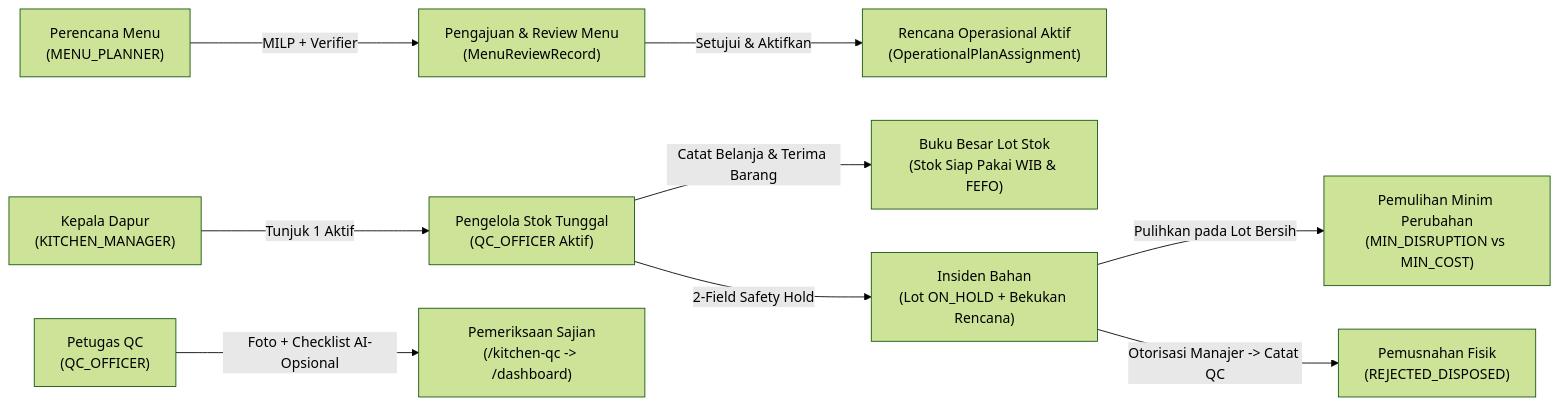
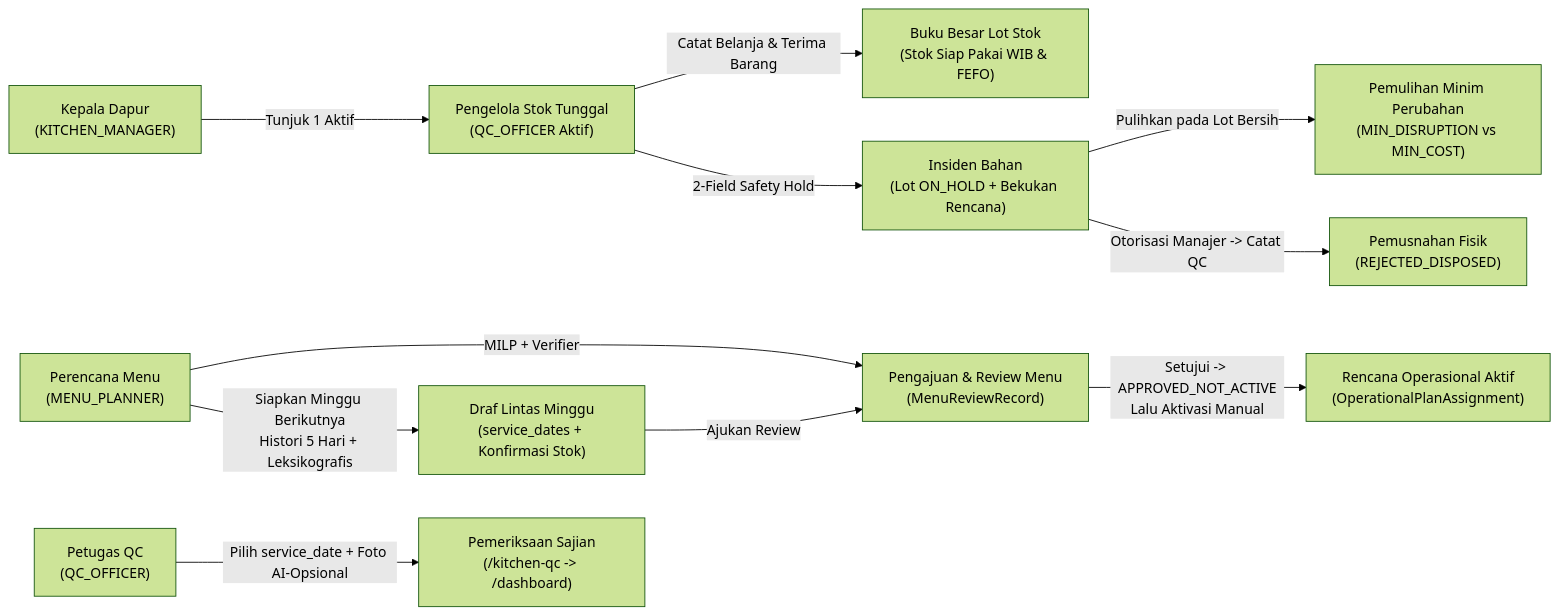
Before and after one commit to hanif-12-01/Bernas-MBG: the diagram in README.md, drawn with Mermaid (forest theme). The commit also changed other lines of this file and 40 other files, not shown here.

Commit message:
Implement cross-week menu planning (P0), service-date lookup, and update README

````diff
--- a/README.md
+++ b/README.md
@@ -51,11 +55,13 @@
 ```mermaid
 flowchart LR
     KM["Kepala Dapur<br/>(KITCHEN_MANAGER)"] -->|Tunjuk 1 Aktif| CUST["Pengelola Stok Tunggal<br/>(QC_OFFICER Aktif)"]
     MP["Perencana Menu<br/>(MENU_PLANNER)"] -->|MILP + Verifier| REV["Pengajuan & Review Menu<br/>(MenuReviewRecord)"]
-    REV -->|Setujui & Aktifkan| OPS["Rencana Operasional Aktif<br/>(OperationalPlanAssignment)"]
+    MP -->|Siapkan Minggu Berikutnya<br/>Histori 5 Hari + Leksikografis| NEXT["Draf Lintas Minggu<br/>(service_dates + Konfirmasi Stok)"]
+    NEXT -->|Ajukan Review| REV
+    REV -->|Setujui -> APPROVED_NOT_ACTIVE<br/>Lalu Aktivasi Manual| OPS["Rencana Operasional Aktif<br/>(OperationalPlanAssignment)"]
     CUST -->|Catat Belanja & Terima Barang| INV["Buku Besar Lot Stok<br/>(Stok Siap Pakai WIB & FEFO)"]
     CUST -->|2-Field Safety Hold| INC["Insiden Bahan<br/>(Lot ON_HOLD + Bekukan Rencana)"]
     INC -->|Pulihkan pada Lot Bersih| REC["Pemulihan Minim Perubahan<br/>(MIN_DISRUPTION vs MIN_COST)"]
     INC -->|Otorisasi Manajer -> Catat QC| DISP["Pemusnahan Fisik<br/>(REJECTED_DISPOSED)"]
-    QC["Petugas QC<br/>(QC_OFFICER)"] -->|Foto + Checklist AI-Opsional| SAJIAN["Pemeriksaan Sajian<br/>(/kitchen-qc -> /dashboard)"]
+    QC["Petugas QC<br/>(QC_OFFICER)"] -->|Pilih service_date + Foto AI-Opsional| SAJIAN["Pemeriksaan Sajian<br/>(/kitchen-qc -> /dashboard)"]
 ```
````
